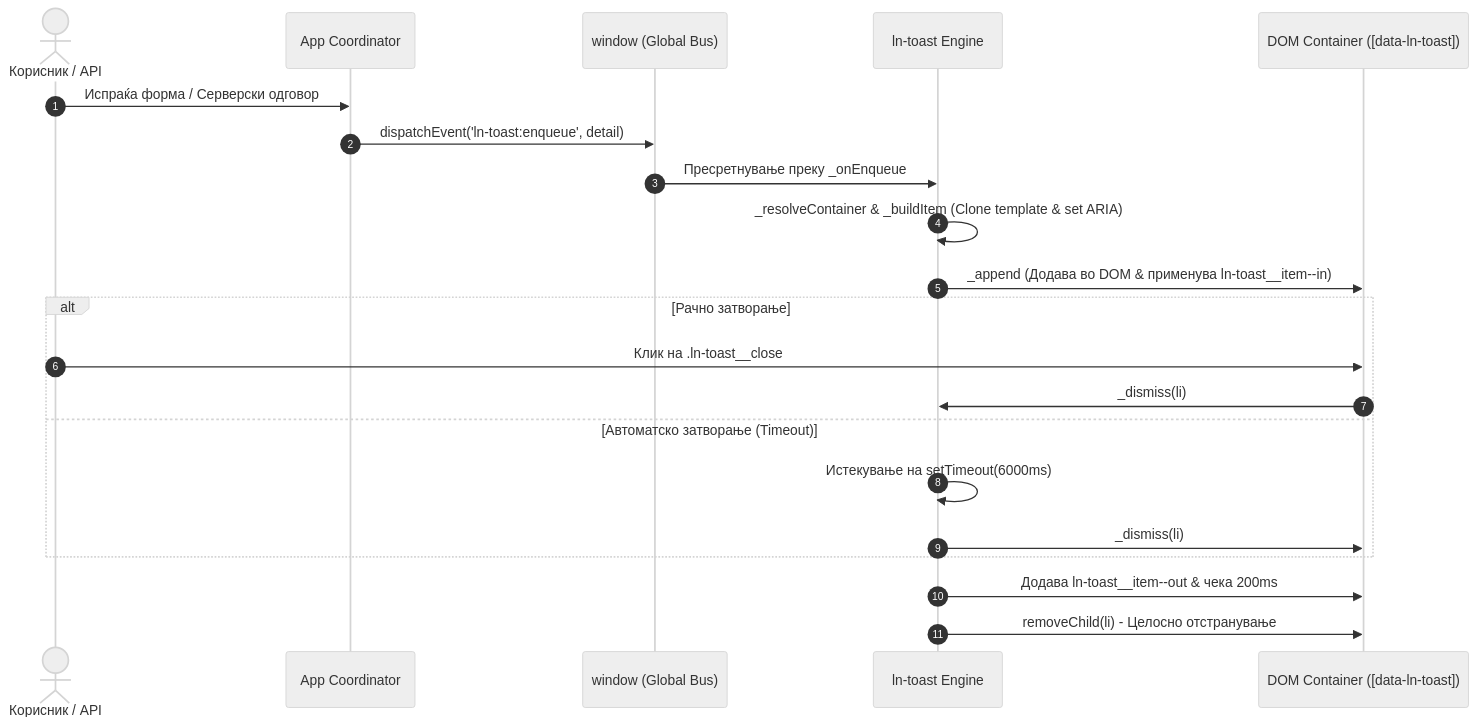
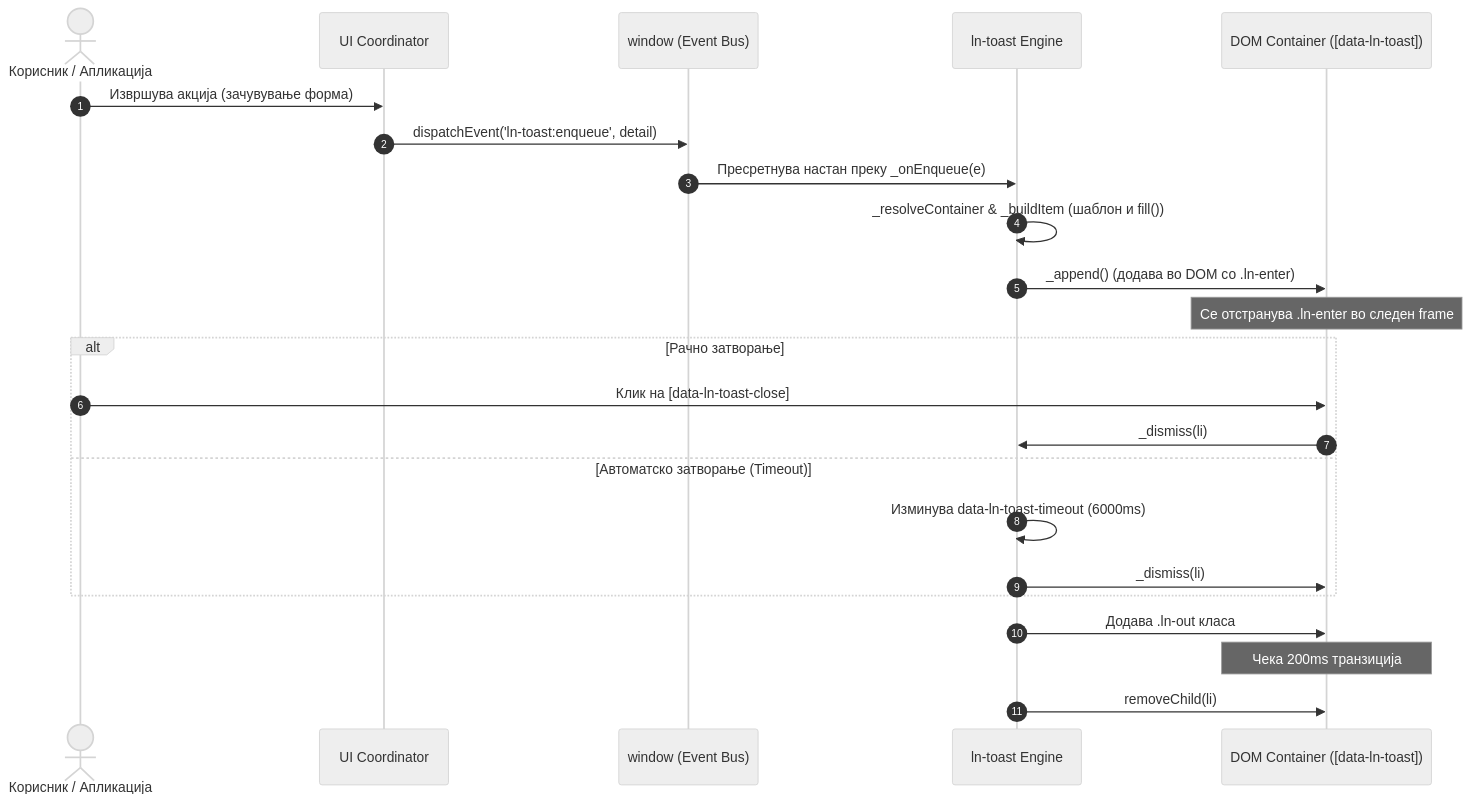
Before and after one commit to livenetworks/ln-ashlar: the diagram in architecture_docs_draft/components/ln-toast.md, drawn with Mermaid (neutral theme). The commit also changed other lines of this file, not shown here.

Commit message:
docs: update ln-toast component architecture documentation

````diff
--- a/architecture_docs_draft/components/ln-toast.md
+++ b/architecture_docs_draft/components/ln-toast.md
@@ -422,26 +186,28 @@
 ```mermaid
 sequenceDiagram
     autonumber
-    actor User as Корисник / API
-    participant Coord as App Coordinator
-    participant Win as window (Global Bus)
+    actor User as Корисник / Апликација
+    participant Coord as UI Coordinator
+    participant Win as window (Event Bus)
     participant Engine as ln-toast Engine
     participant DOM as DOM Container ([data-ln-toast])
 
-    User->>Coord: Испраќа форма / Серверски одговор
+    User->>Coord: Извршува акција (зачувување форма)
     Coord->>Win: dispatchEvent('ln-toast:enqueue', detail)
-    Win->>Engine: Пресретнување преку _onEnqueue
-    Engine->>Engine: _resolveContainer & _buildItem (Clone template & set ARIA)
-    Engine->>DOM: _append (Додава во DOM & применува ln-toast__item--in)
+    Win->>Engine: Пресретнува настан преку _onEnqueue(e)
+    Engine->>Engine: _resolveContainer & _buildItem (шаблон и fill())
+    Engine->>DOM: _append() (додава во DOM со .ln-enter)
+    Note over DOM: Се отстранува .ln-enter во следен frame
     
     alt Рачно затворање
-        User->>DOM: Клик на .ln-toast__close
+        User->>DOM: Клик на [data-ln-toast-close]
         DOM->>Engine: _dismiss(li)
     else Автоматско затворање (Timeout)
-        Engine->>Engine: Истекување на setTimeout(6000ms)
+        Engine->>Engine: Изминува data-ln-toast-timeout (6000ms)
         Engine->>DOM: _dismiss(li)
     end
 
-    Engine->>DOM: Додава ln-toast__item--out & чека 200ms
-    Engine->>DOM: removeChild(li) - Целосно отстранување
+    Engine->>DOM: Додава .ln-out класа
+    Note over DOM: Чека 200ms транзиција
+    Engine->>DOM: removeChild(li)
 ```
````
